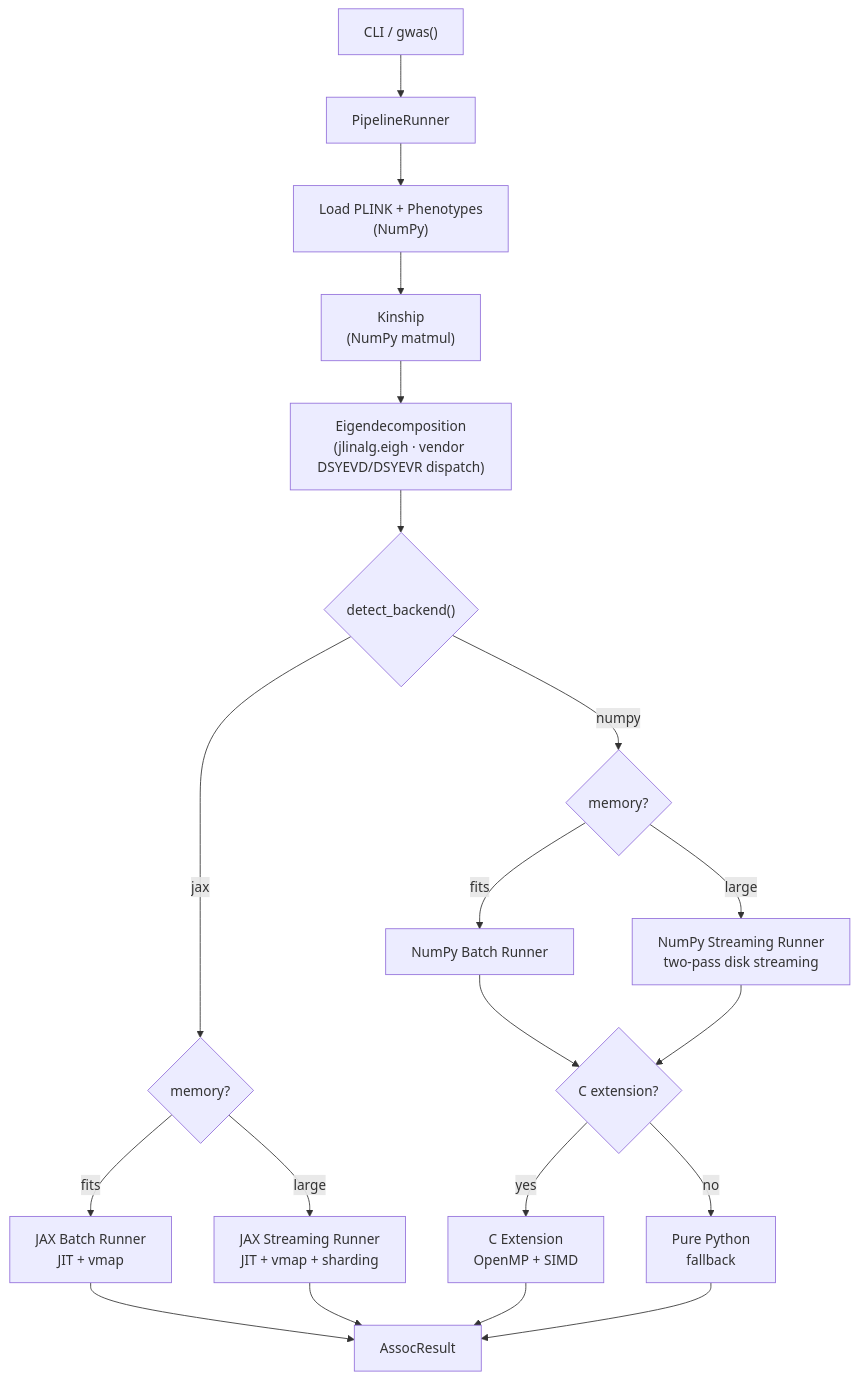
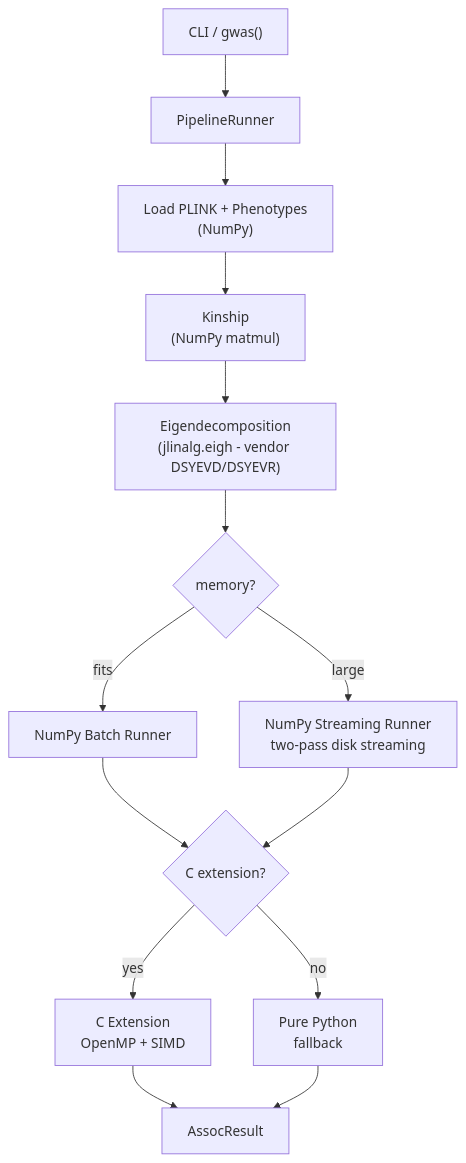
One commit to michael-denyer/jamma changed the first of 2 diagrams in README.md. Above: the diagram before and after it, drawn with Mermaid. The commit also changed other lines of this file and 136 other files, not shown here.

First line of the commit message:
refactor: strip JAX and own-BLAS, simplify to NumPy-only architecture

````diff
--- a/README.md
+++ b/README.md
@@ -313,22 +263,16 @@
 ```mermaid
 flowchart TD
     CLI["CLI / gwas()"] --> PIPE["PipelineRunner"]
     PIPE --> LOAD["Load PLINK + Phenotypes<br>(NumPy)"]
     LOAD --> KIN["Kinship<br>(NumPy matmul)"]
-    KIN --> EIG["Eigendecomposition<br>(jlinalg.eigh · vendor DSYEVD/DSYEVR dispatch)"]
-    EIG --> DET{"detect_backend()"}
-    DET -->|"jax"| JAXM{"memory?"}
-    JAXM -->|"fits"| JAXB["JAX Batch Runner<br>JIT + vmap"]
-    JAXM -->|"large"| JAXS["JAX Streaming Runner<br>JIT + vmap + sharding"]
-    DET -->|"numpy"| NPM{"memory?"}
-    NPM -->|"fits"| NP["NumPy Batch Runner"]
-    NPM -->|"large"| NPS["NumPy Streaming Runner<br>two-pass disk streaming"]
+    KIN --> EIG["Eigendecomposition<br>(jlinalg.eigh - vendor DSYEVD/DSYEVR)"]
+    EIG --> MEM{"memory?"}
+    MEM -->|"fits"| NP["NumPy Batch Runner"]
+    MEM -->|"large"| NPS["NumPy Streaming Runner<br>two-pass disk streaming"]
     NP --> CEXT{"C extension?"}
     NPS --> CEXT
     CEXT -->|yes| C["C Extension<br>OpenMP + SIMD"]
     CEXT -->|no| PY["Pure Python<br>fallback"]
-    JAXB --> RES["AssocResult"]
-    JAXS --> RES
-    C --> RES
+    C --> RES["AssocResult"]
     PY --> RES
 ```
````
